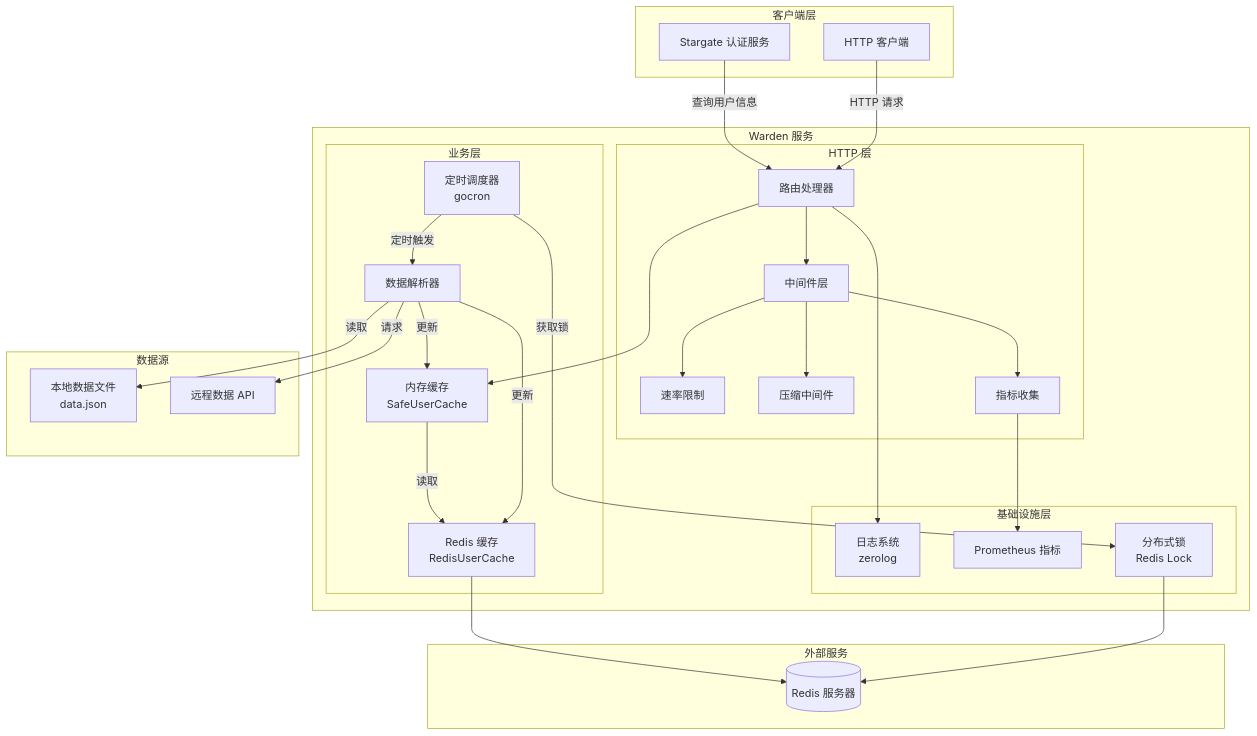
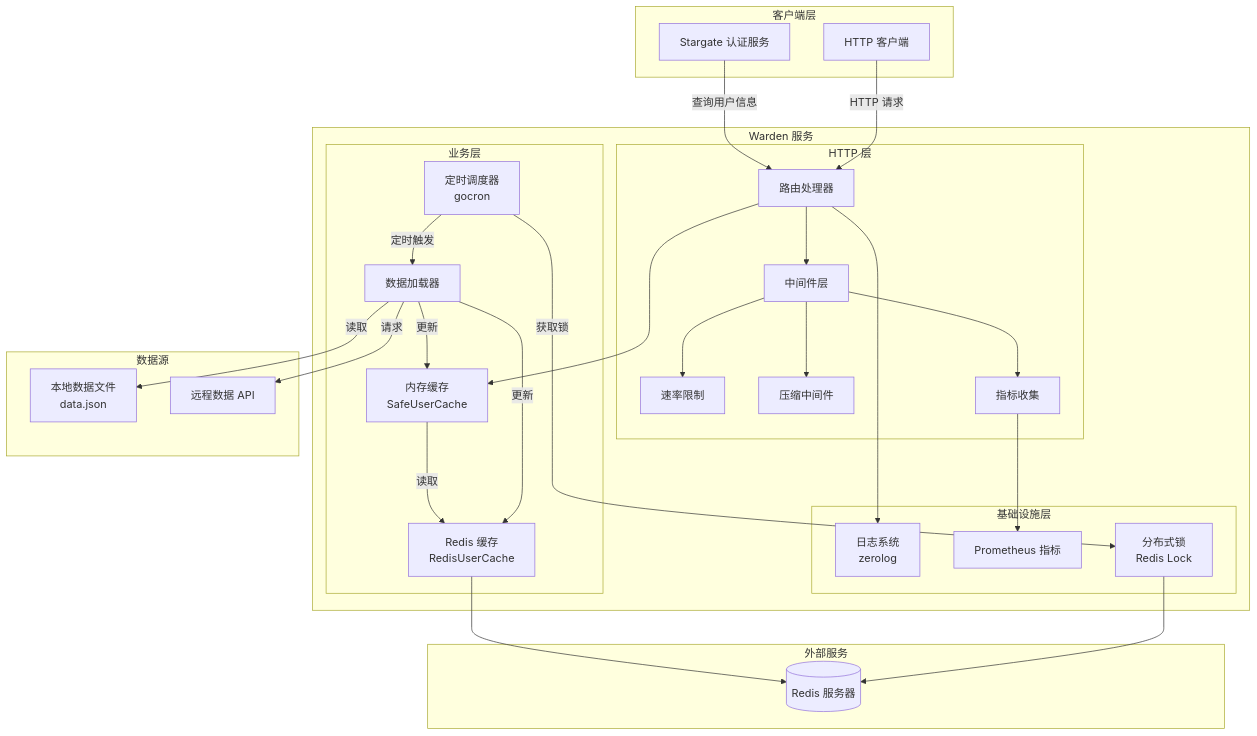
One commit to soulteary/warden changed the first of 7 diagrams in docs/zhCN/ARCHITECTURE.md. Above: the diagram before and after it, drawn with Mermaid. The commit also changed other lines of this file and 30 other files, not shown here.

````diff
--- a/docs/zhCN/ARCHITECTURE.md
+++ b/docs/zhCN/ARCHITECTURE.md
@@ -11,58 +11,58 @@
 ```mermaid
 graph TB
     subgraph "客户端层"
         Stargate[Stargate 认证服务]
         Client[HTTP 客户端]
     end
 
     subgraph "Warden 服务"
         subgraph "HTTP 层"
             Router[路由处理器]
             Middleware[中间件层]
             RateLimit[速率限制]
             Compress[压缩中间件]
             Metrics[指标收集]
         end
 
         subgraph "业务层"
             UserCache[内存缓存<br/>SafeUserCache]
             RedisCache[Redis 缓存<br/>RedisUserCache]
-            Parser[数据解析器]
+            Loader[数据加载器]
             Scheduler[定时调度器<br/>gocron]
         end
 
         subgraph "基础设施层"
             Logger[日志系统<br/>zerolog]
             Prometheus[Prometheus 指标]
             RedisLock[分布式锁<br/>Redis Lock]
         end
     end
 
     subgraph "数据源"
         LocalFile[本地数据文件<br/>data.json]
         RemoteAPI[远程数据 API]
     end
 
     subgraph "外部服务"
         Redis[(Redis 服务器)]
     end
 
     Stargate -->|查询用户信息| Router
     Client -->|HTTP 请求| Router
     Router --> Middleware
     Middleware --> RateLimit
     Middleware --> Compress
     Middleware --> Metrics
     Router --> UserCache
     UserCache -->|读取| RedisCache
     RedisCache --> Redis
-    Scheduler -->|定时触发| Parser
-    Parser -->|读取| LocalFile
-    Parser -->|请求| RemoteAPI
-    Parser -->|更新| UserCache
-    Parser -->|更新| RedisCache
+    Scheduler -->|定时触发| Loader
+    Loader -->|读取| LocalFile
+    Loader -->|请求| RemoteAPI
+    Loader -->|更新| UserCache
+    Loader -->|更新| RedisCache
     Scheduler -->|获取锁| RedisLock
     RedisLock --> Redis
     Router --> Logger
     Metrics --> Prometheus
 ```
````
